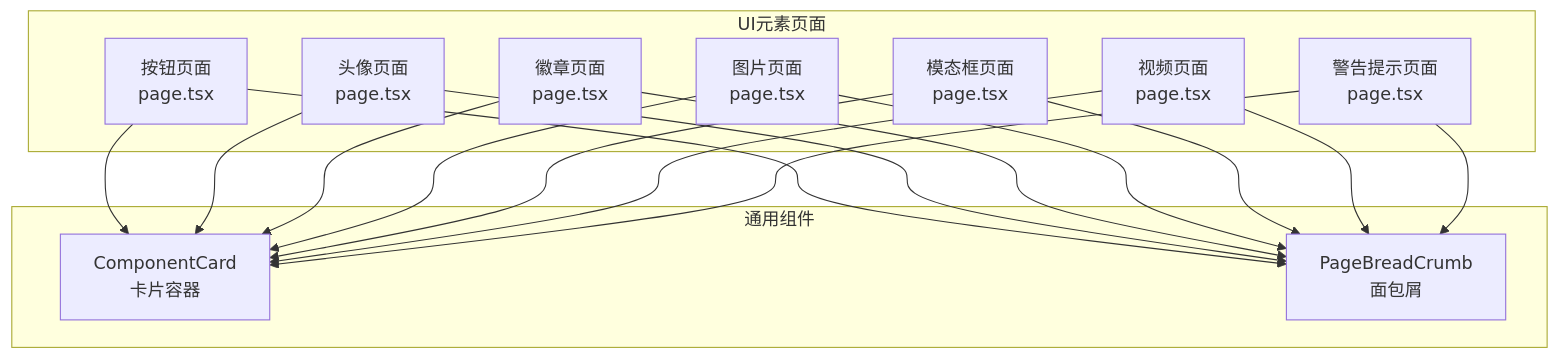
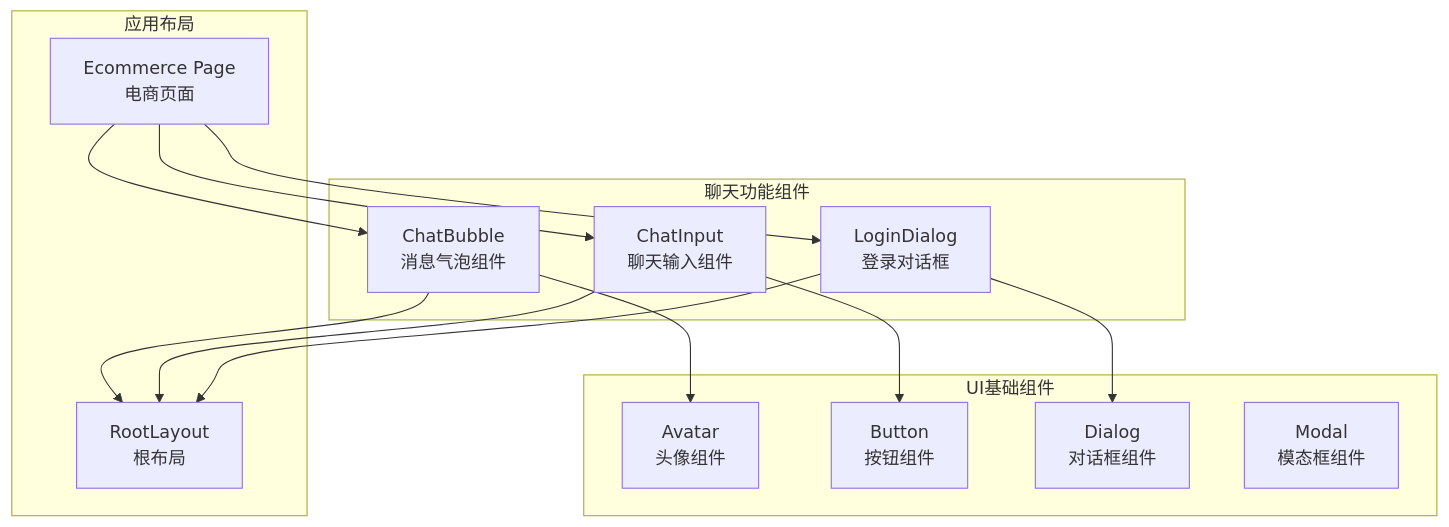
One commit to HAOFUYANG/nextjs-admin changed the first of 6 diagrams in .qoder/repowiki/zh/content/页面路由系统/页面类型组织结构/UI元素页面.md. Above: the diagram before and after it, drawn with Mermaid. The commit also changed other lines of this file and 36 other files, not shown here.

````diff
--- a/.qoder/repowiki/zh/content/页面路由系统/页面类型组织结构/UI元素页面.md
+++ b/.qoder/repowiki/zh/content/页面路由系统/页面类型组织结构/UI元素页面.md
@@ -48,30 +51,27 @@
 ```mermaid
 graph TB
-subgraph "UI元素页面"
-BTN["按钮页面<br/>page.tsx"]
-AVA["头像页面<br/>page.tsx"]
-BAD["徽章页面<br/>page.tsx"]
-IMG["图片页面<br/>page.tsx"]
-MOD["模态框页面<br/>page.tsx"]
-VID["视频页面<br/>page.tsx"]
-ALT["警告提示页面<br/>page.tsx"]
+subgraph "聊天功能组件"
+CB["ChatBubble<br/>消息气泡组件"]
+CI["ChatInput<br/>聊天输入组件"]
+LD["LoginDialog<br/>登录对话框"]
 end
-subgraph "通用组件"
-CC["ComponentCard<br/>卡片容器"]
-BC["PageBreadCrumb<br/>面包屑"]
+subgraph "UI基础组件"
+AV["Avatar<br/>头像组件"]
+BTN["Button<br/>按钮组件"]
+DIALOG["Dialog<br/>对话框组件"]
+MOD["Modal<br/>模态框组件"]
 end
-BTN --> CC
-AVA --> CC
-BAD --> CC
-IMG --> CC
-MOD --> CC
-VID --> CC
-ALT --> CC
-BTN --> BC
-AVA --> BC
-BAD --> BC
-IMG --> BC
-MOD --> BC
-VID --> BC
-ALT --> BC
+subgraph "应用布局"
+LAYOUT["RootLayout<br/>根布局"]
+PAGE["Ecommerce Page<br/>电商页面"]
+end
+CB --> AV
+CI --> BTN
+LD --> DIALOG
+CB --> LAYOUT
+CI --> LAYOUT
+LD --> LAYOUT
+PAGE --> CB
+PAGE --> CI
+PAGE --> LD
 ```
````
